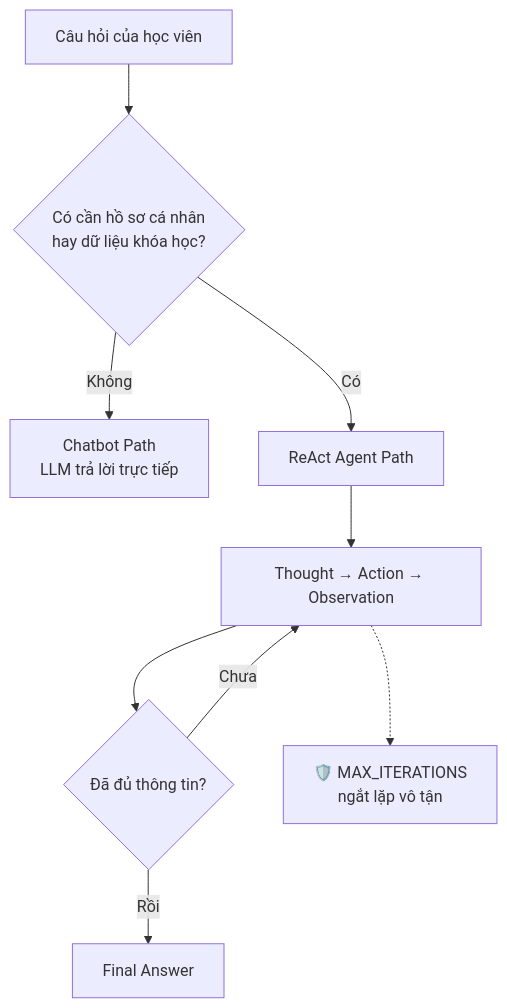
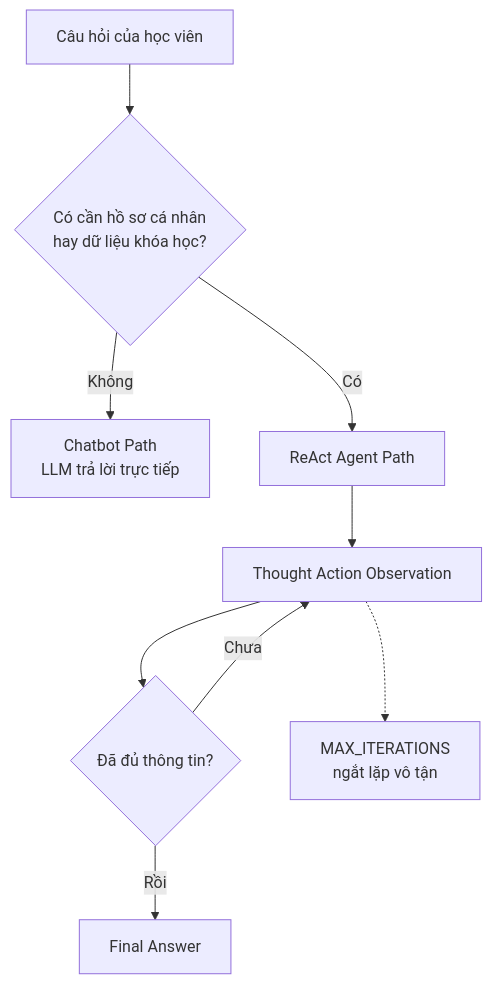
The diagram in docs/roles/ROLE1_PRODUCT_ARCHITECT.md (huylq-at-work/Day03-2A202601821-LeQuangHuy), drawn with Mermaid before and after one commit. The commit also changed other lines of this file and 21 other files, not shown here.

````diff
--- a/docs/roles/ROLE1_PRODUCT_ARCHITECT.md
+++ b/docs/roles/ROLE1_PRODUCT_ARCHITECT.md
@@ -136,11 +136,11 @@
 ```mermaid
 flowchart TD
     A[Câu hỏi của học viên] --> B{Có cần hồ sơ cá nhân<br/>hay dữ liệu khóa học?}
     B -- Không --> C[Chatbot Path<br/>LLM trả lời trực tiếp]
     B -- Có --> D[ReAct Agent Path]
-    D --> E[Thought → Action → Observation]
+    D --> E[Thought  Action  Observation]
     E --> F{Đã đủ thông tin?}
     F -- Chưa --> E
     F -- Rồi --> G[Final Answer]
-    E -.-> H[🛡️ MAX_ITERATIONS<br/>ngắt lặp vô tận]
+    E -.-> H[ MAX_ITERATIONS<br/>ngắt lặp vô tận]
 ```
````
